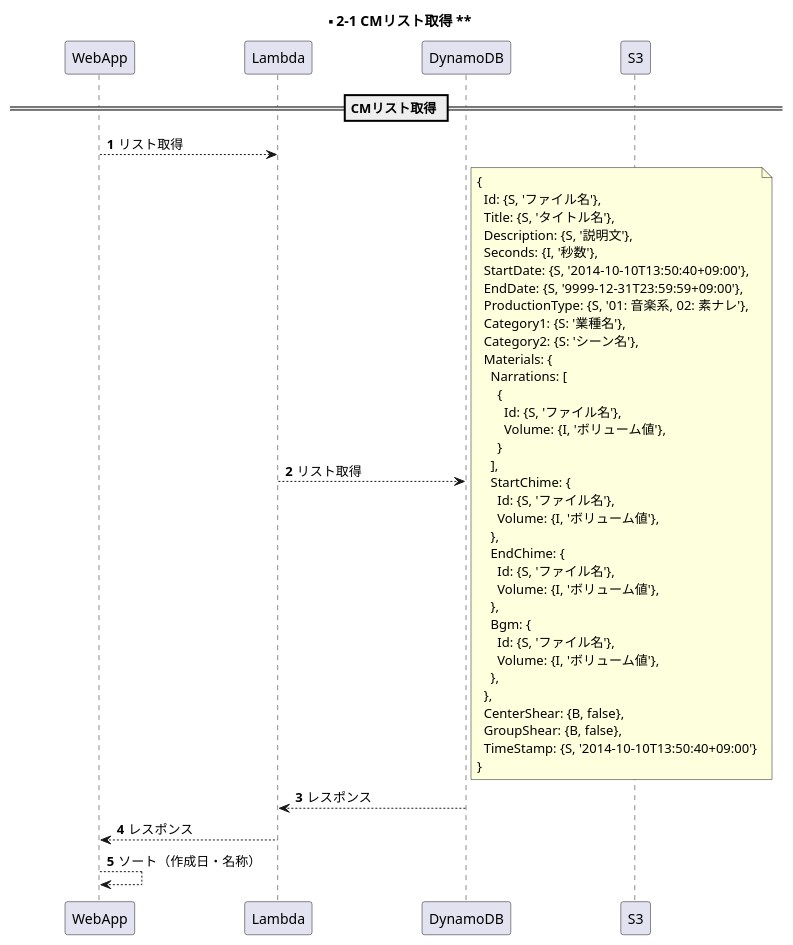
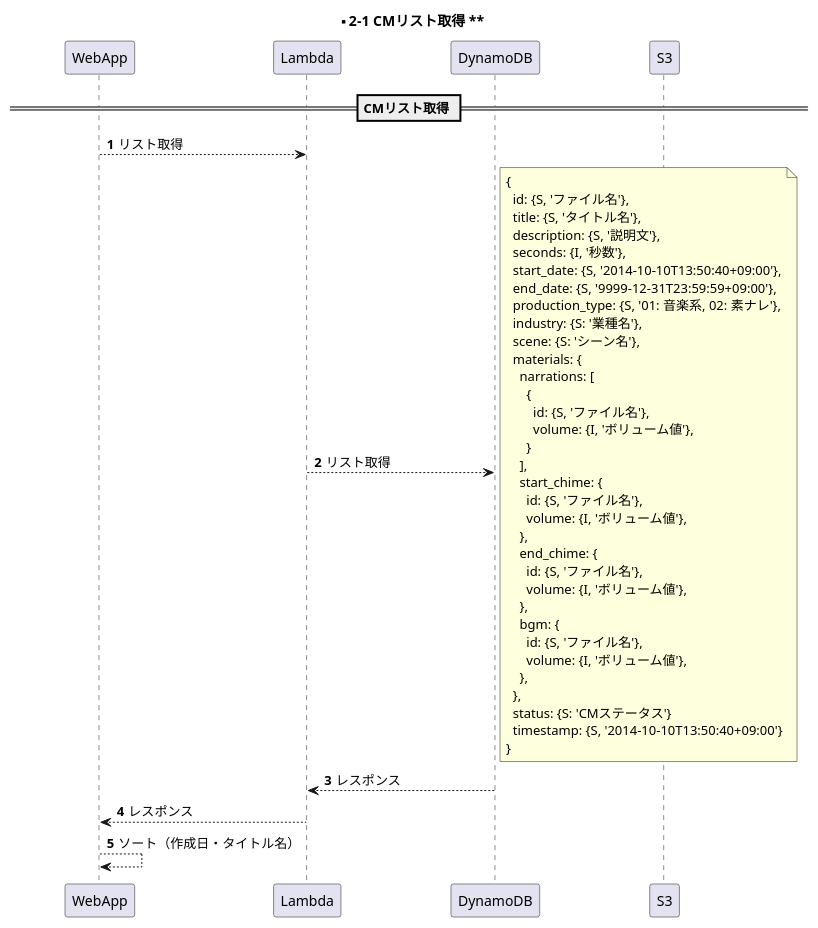
Before and after one commit to y-watanabe-usen/umesse-test: the diagram in documents/uml/s2-1.wsd, drawn with PlantUML. The commit also changed 19 other files, not shown here.

```diff
--- a/documents/uml/s2-1.wsd
+++ b/documents/uml/s2-1.wsd
@@ -1,55 +1,54 @@
 @startuml s2-1
 
 participant WebApp order 1
 participant Lambda order 2
 participant DynamoDB order 3
 participant S3 order 4
 skinparam ParticipantPadding 50
 autonumber
 
 title ** 2-1 CMリスト取得 **
 
 == CMリスト取得 ==
 WebApp --> Lambda: リスト取得
 Lambda --> DynamoDB: リスト取得
 note right
 {
-  Id: {S, 'ファイル名'},
-  Title: {S, 'タイトル名'},
-  Description: {S, '説明文'},
-  Seconds: {I, '秒数'},
-  StartDate: {S, '2014-10-10T13:50:40+09:00'},
-  EndDate: {S, '9999-12-31T23:59:59+09:00'},
-  ProductionType: {S, '01: 音楽系, 02: 素ナレ'},
-  Category1: {S: '業種名'},
-  Category2: {S: 'シーン名'},
-  Materials: {
-    Narrations: [
+  id: {S, 'ファイル名'},
+  title: {S, 'タイトル名'},
+  description: {S, '説明文'},
+  seconds: {I, '秒数'},
+  start_date: {S, '2014-10-10T13:50:40+09:00'},
+  end_date: {S, '9999-12-31T23:59:59+09:00'},
+  production_type: {S, '01: 音楽系, 02: 素ナレ'},
+  industry: {S: '業種名'},
+  scene: {S: 'シーン名'},
+  materials: {
+    narrations: [
       {
-        Id: {S, 'ファイル名'},
-        Volume: {I, 'ボリューム値'},
+        id: {S, 'ファイル名'},
+        volume: {I, 'ボリューム値'},
       }
     ],
-    StartChime: {
-      Id: {S, 'ファイル名'},
-      Volume: {I, 'ボリューム値'},
+    start_chime: {
+      id: {S, 'ファイル名'},
+      volume: {I, 'ボリューム値'},
     },
-    EndChime: {
-      Id: {S, 'ファイル名'},
-      Volume: {I, 'ボリューム値'},
+    end_chime: {
+      id: {S, 'ファイル名'},
+      volume: {I, 'ボリューム値'},
     },
-    Bgm: {
-      Id: {S, 'ファイル名'},
-      Volume: {I, 'ボリューム値'},
+    bgm: {
+      id: {S, 'ファイル名'},
+      volume: {I, 'ボリューム値'},
     },
   },
-  CenterShear: {B, false},
-  GroupShear: {B, false},
-  TimeStamp: {S, '2014-10-10T13:50:40+09:00'}
+  status: {S: 'CMステータス'}
+  timestamp: {S, '2014-10-10T13:50:40+09:00'}
 }
 end note
 Lambda <-- DynamoDB: レスポンス
 WebApp <-- Lambda: レスポンス
-WebApp --> WebApp: ソート（作成日・名称）
+WebApp --> WebApp: ソート（作成日・タイトル名）
 
 @enduml
```
